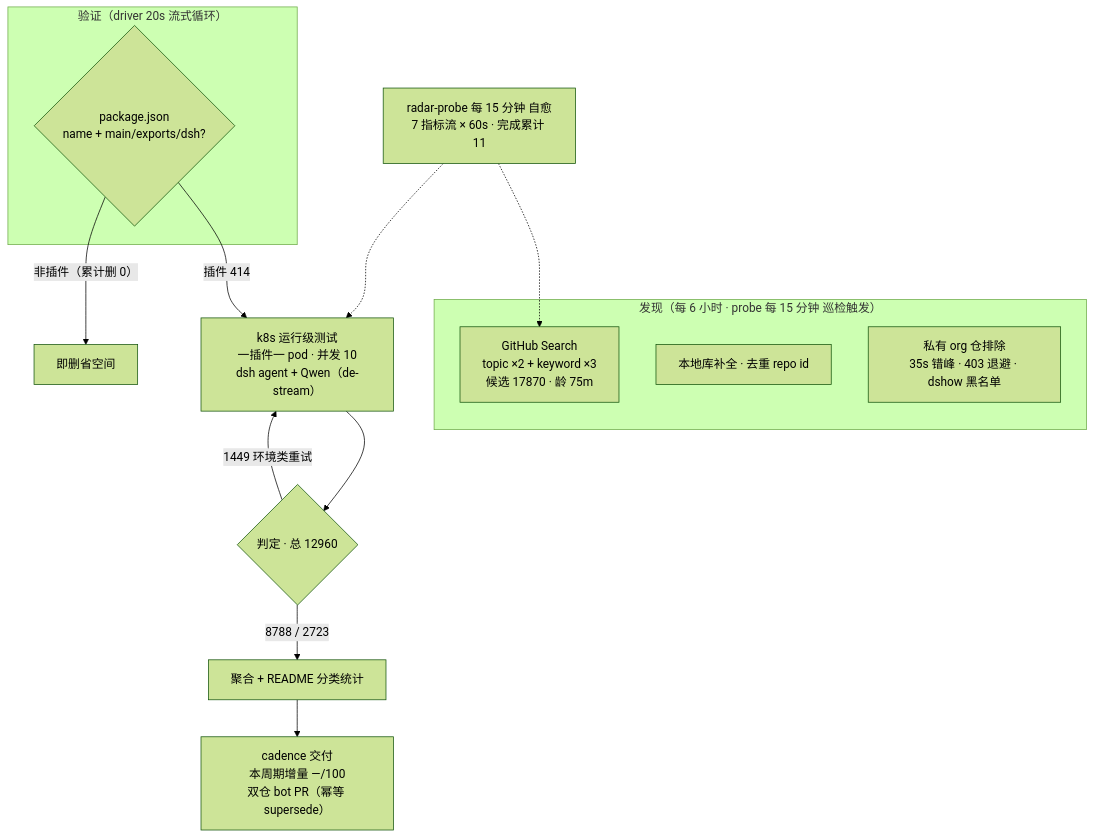
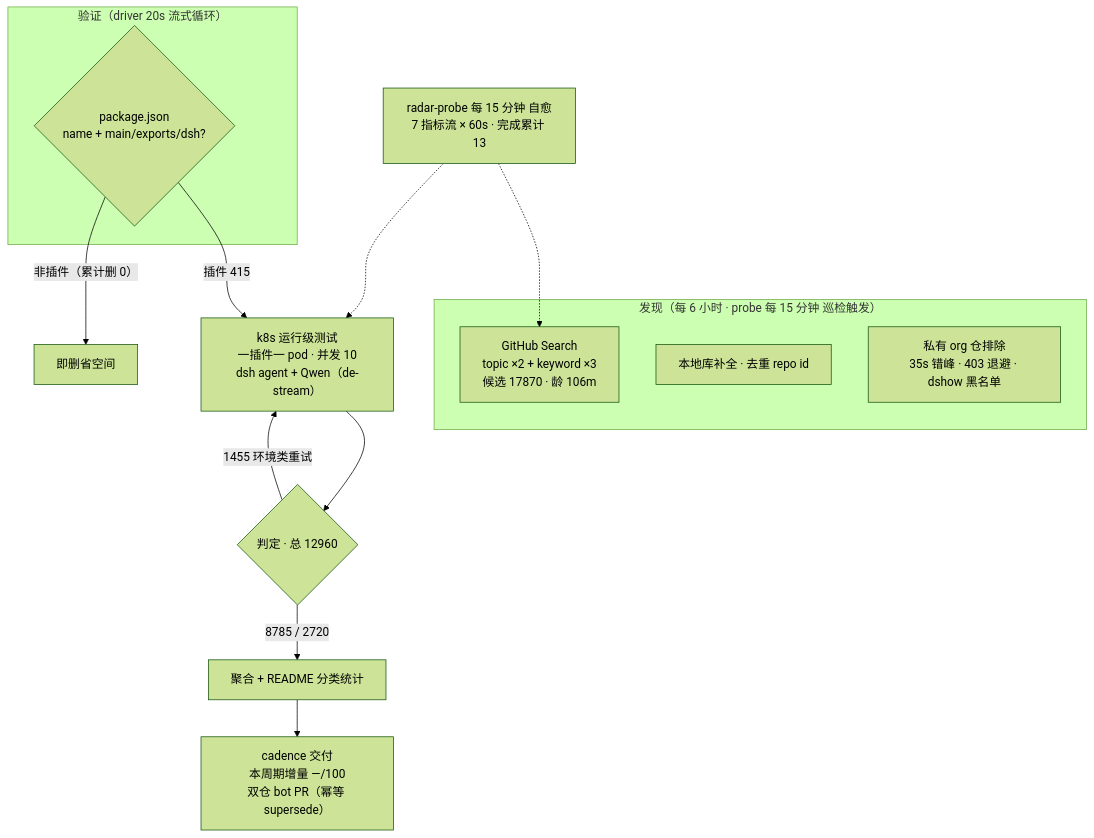
Before and after one commit to AdamPlatin123/awesome-dsh-plugins: the diagram in README.md, drawn with Mermaid (forest theme). The commit also changed other lines of this file and 5 other files, not shown here.

````diff
--- a/README.md
+++ b/README.md
@@ -52,20 +52,20 @@
 ```mermaid
 flowchart TB
     subgraph Discovery["发现（每 6 小时 · probe 每 15 分钟 巡检触发）"]
-        A1["GitHub Search<br/>topic ×2 + keyword ×3<br/>候选 17870 · 龄 75m"]
+        A1["GitHub Search<br/>topic ×2 + keyword ×3<br/>候选 17870 · 龄 106m"]
         A2["本地库补全 · 去重 repo id"]
         A3["私有 org 仓排除<br/>35s 错峰 · 403 退避 · dshow 黑名单"]
     end
     subgraph Validation["验证（driver 20s 流式循环）"]
         B1{"package.json<br/>name + main/exports/dsh?"}
     end
-    B1 -->|"插件 414"| C1["k8s 运行级测试<br/>一插件一 pod · 并发 10<br/>dsh agent + Qwen（de-stream）"]
+    B1 -->|"插件 415"| C1["k8s 运行级测试<br/>一插件一 pod · 并发 10<br/>dsh agent + Qwen（de-stream）"]
     B1 -->|"非插件（累计删 0）"| B3["即删省空间"]
     C1 --> D1{"判定 · 总 12960"}
-    D1 -->|"8788 / 2723"| E1["聚合 + README 分类统计"]
-    D1 -->|"1449 环境类重试"| C1
+    D1 -->|"8785 / 2720"| E1["聚合 + README 分类统计"]
+    D1 -->|"1455 环境类重试"| C1
     E1 --> E2["cadence 交付<br/>本周期增量 —/100<br/>双仓 bot PR（幂等 supersede）"]
-    M["radar-probe 每 15 分钟 自愈<br/>7 指标流 × 60s · 完成累计 11"]
+    M["radar-probe 每 15 分钟 自愈<br/>7 指标流 × 60s · 完成累计 13"]
     M -.-> A1
     M -.-> C1
 ```
````
